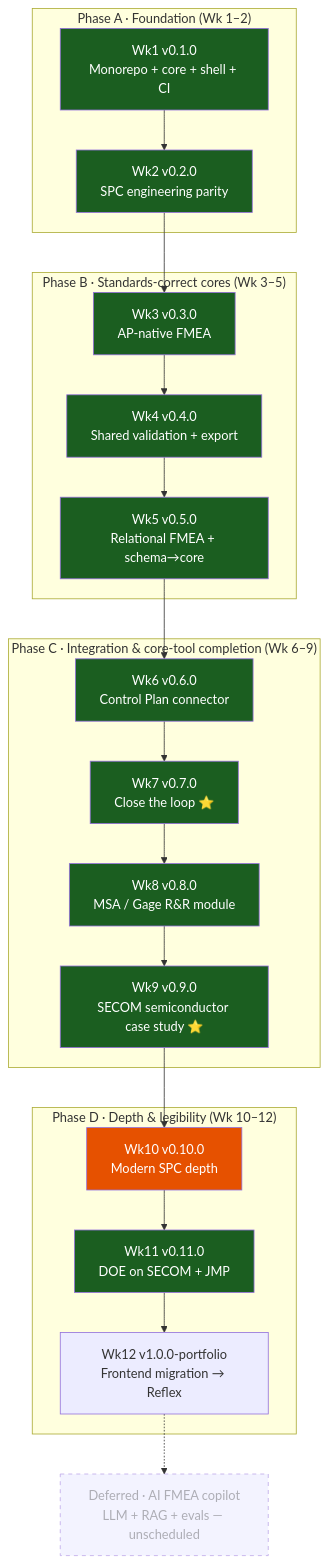
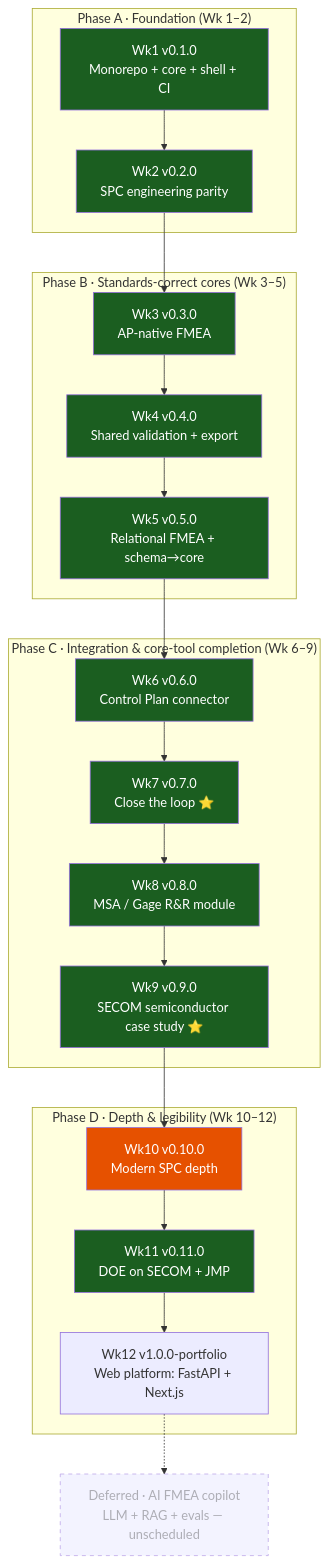
The third of 3 diagrams in ROADMAP.md (Siddardth7/quality-platform), drawn with Mermaid before and after one commit. The commit also changed other lines of this file and 2 other files, not shown here.

First line of the commit message:
docs(readme,roadmap): reconcile with the actual tree (#208)

````diff
--- a/ROADMAP.md
+++ b/ROADMAP.md
@@ -147,32 +158,32 @@
 ```mermaid
 flowchart TB
     subgraph PA["Phase A · Foundation (Wk 1–2)"]
         W1["Wk1 v0.1.0<br/>Monorepo + core + shell + CI"]
         W2["Wk2 v0.2.0<br/>SPC engineering parity"]
     end
     subgraph PB["Phase B · Standards-correct cores (Wk 3–5)"]
         W3["Wk3 v0.3.0<br/>AP-native FMEA"]
         W4["Wk4 v0.4.0<br/>Shared validation + export"]
         W5["Wk5 v0.5.0<br/>Relational FMEA + schema→core"]
     end
     subgraph PC["Phase C · Integration & core-tool completion (Wk 6–9)"]
         W6["Wk6 v0.6.0<br/>Control Plan connector"]
         W7["Wk7 v0.7.0<br/>Close the loop ⭐"]
         W8["Wk8 v0.8.0<br/>MSA / Gage R&R module"]
         W9["Wk9 v0.9.0<br/>SECOM semiconductor case study ⭐"]
     end
     subgraph PD["Phase D · Depth & legibility (Wk 10–12)"]
         W10["Wk10 v0.10.0<br/>Modern SPC depth"]
         W11["Wk11 v0.11.0<br/>DOE on SECOM + JMP"]
-        W12["Wk12 v1.0.0-portfolio<br/>Frontend migration → Reflex"]
+        W12["Wk12 v1.0.0-portfolio<br/>Web platform: FastAPI + Next.js"]
     end
     DEF["Deferred · AI FMEA copilot<br/>LLM + RAG + evals — unscheduled"]:::deferred
     W1-->W2-->W3-->W4-->W5-->W6-->W7-->W8-->W9-->W10-->W11-->W12
     W12 -.-> DEF
 
     classDef done fill:#1b5e20,color:#fff;
     classDef active fill:#e65100,color:#fff;
     classDef deferred stroke-dasharray: 5 5,opacity:0.6;
     class W1,W2,W3,W4,W5,W6,W7,W8,W9,W11 done;
     class W10 active;
 ```
````
